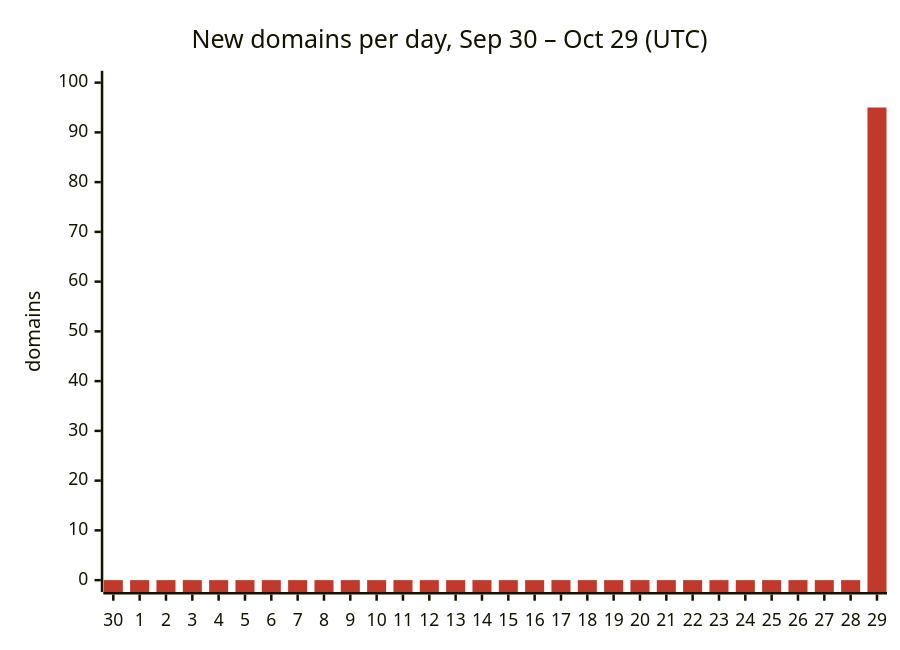
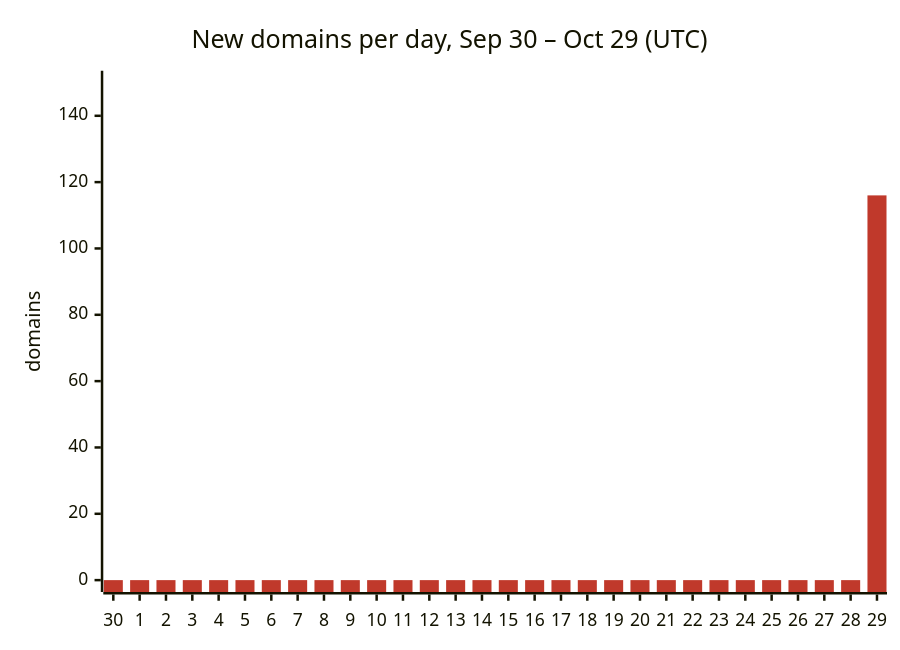
The first of 2 diagrams in README.md (DNSBunker/CTI), drawn with Mermaid before and after one commit. The commit also changed other lines of this file and 3 other files, not shown here.

````diff
--- a/README.md
+++ b/README.md
@@ -29,8 +29,8 @@
 ```mermaid
 %%{init: {"themeVariables": {"xyChart": {"plotColorPalette": "#c0392b"}}}}%%
 xychart-beta
     title "New domains per day, Sep 30 – Oct 29 (UTC)"
     x-axis ["30", "1", "2", "3", "4", "5", "6", "7", "8", "9", "10", "11", "12", "13", "14", "15", "16", "17", "18", "19", "20", "21", "22", "23", "24", "25", "26", "27", "28", "29"]
-    y-axis "domains" 0 --> 100
-    bar [0, 0, 0, 0, 0, 0, 0, 0, 0, 0, 0, 0, 0, 0, 0, 0, 0, 0, 0, 0, 0, 0, 0, 0, 0, 0, 0, 0, 0, 95]
+    y-axis "domains" 0 --> 150
+    bar [0, 0, 0, 0, 0, 0, 0, 0, 0, 0, 0, 0, 0, 0, 0, 0, 0, 0, 0, 0, 0, 0, 0, 0, 0, 0, 0, 0, 0, 116]
 ```
````
